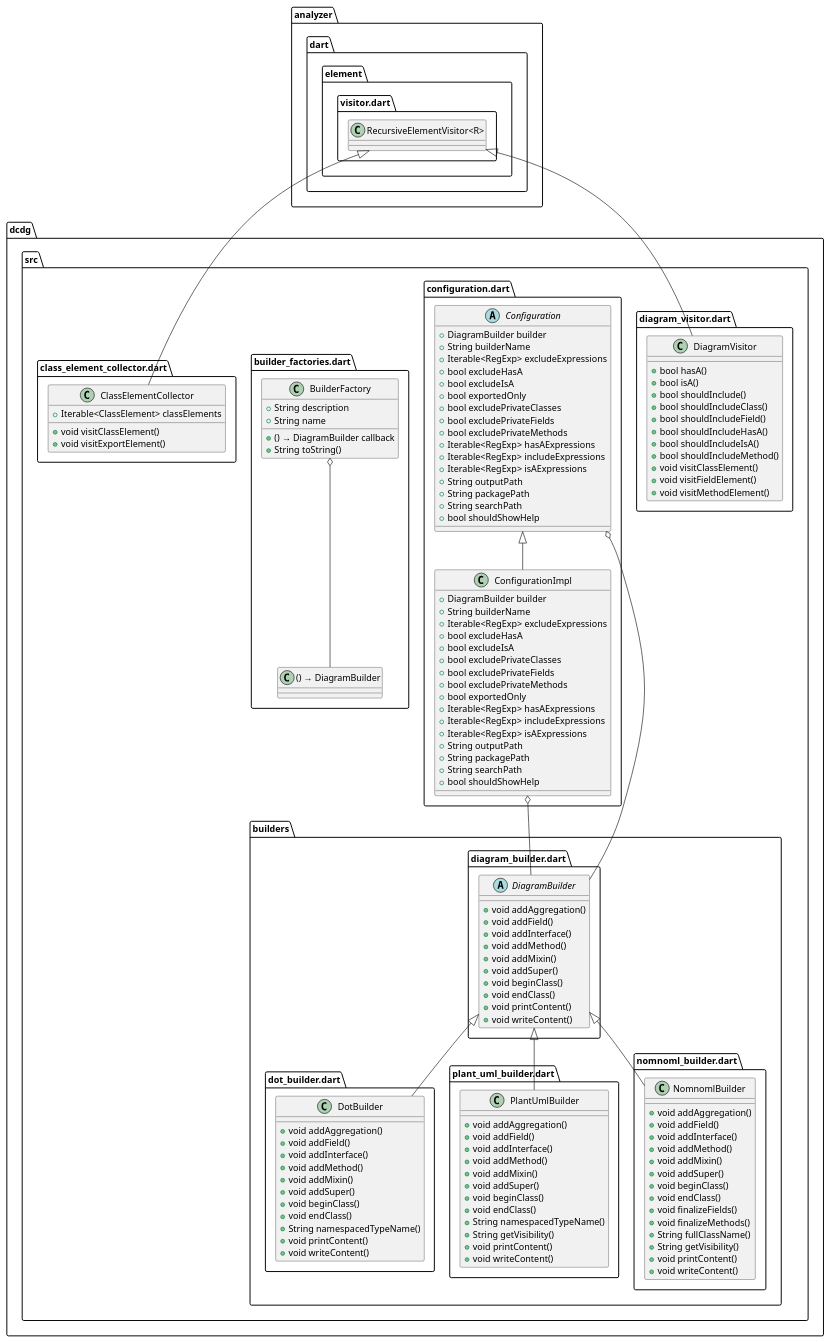
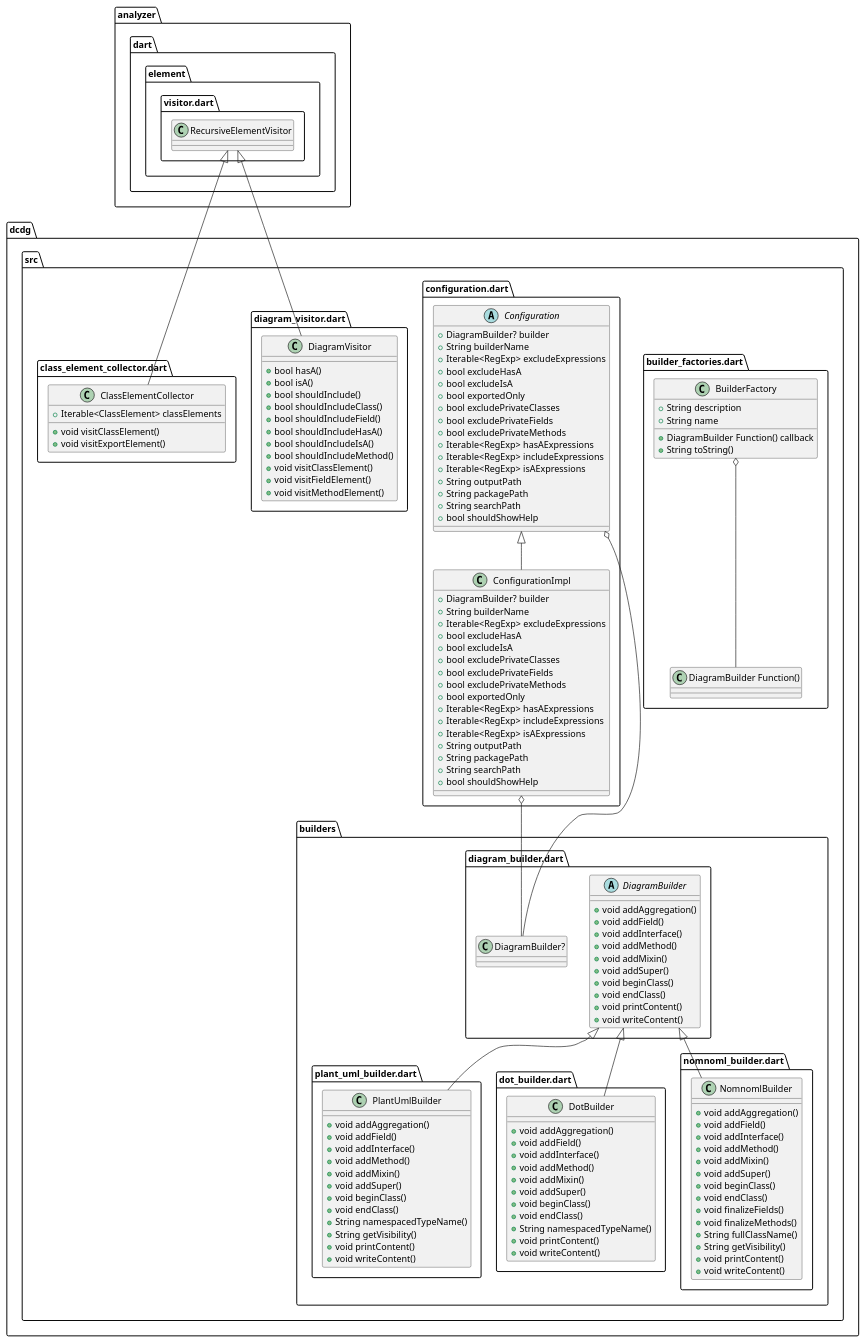
Before and after one commit to glesica/dcdg.dart: the diagram in example/dcdg.puml, drawn with PlantUML. The commit also changed 44 other files, not shown here.

```diff
--- a/example/dcdg.puml
+++ b/example/dcdg.puml
@@ -1,146 +1,146 @@
 @startuml
 set namespaceSeparator ::
-
-class "dcdg::src::diagram_visitor.dart::DiagramVisitor" {
-  +bool hasA()
-  +bool isA()
-  +bool shouldInclude()
-  +bool shouldIncludeClass()
-  +bool shouldIncludeField()
-  +bool shouldIncludeHasA()
-  +bool shouldIncludeIsA()
-  +bool shouldIncludeMethod()
-  +void visitClassElement()
-  +void visitFieldElement()
-  +void visitMethodElement()
-}
-
-"analyzer::dart::element::visitor.dart::RecursiveElementVisitor<R>" <|-- "dcdg::src::diagram_visitor.dart::DiagramVisitor"
-
-class "dcdg::src::builders::dot_builder.dart::DotBuilder" {
-  +void addAggregation()
-  +void addField()
-  +void addInterface()
-  +void addMethod()
-  +void addMixin()
-  +void addSuper()
-  +void beginClass()
-  +void endClass()
-  +String namespacedTypeName()
-  +void printContent()
-  +void writeContent()
-}
-
-"dcdg::src::builders::diagram_builder.dart::DiagramBuilder" <|-- "dcdg::src::builders::dot_builder.dart::DotBuilder"
 
 class "dcdg::src::builders::plant_uml_builder.dart::PlantUmlBuilder" {
   +void addAggregation()
   +void addField()
   +void addInterface()
   +void addMethod()
   +void addMixin()
   +void addSuper()
   +void beginClass()
   +void endClass()
   +String namespacedTypeName()
   +String getVisibility()
   +void printContent()
   +void writeContent()
 }
 
 "dcdg::src::builders::diagram_builder.dart::DiagramBuilder" <|-- "dcdg::src::builders::plant_uml_builder.dart::PlantUmlBuilder"
+
+class "dcdg::src::builders::dot_builder.dart::DotBuilder" {
+  +void addAggregation()
+  +void addField()
+  +void addInterface()
+  +void addMethod()
+  +void addMixin()
+  +void addSuper()
+  +void beginClass()
+  +void endClass()
+  +String namespacedTypeName()
+  +void printContent()
+  +void writeContent()
+}
+
+"dcdg::src::builders::diagram_builder.dart::DiagramBuilder" <|-- "dcdg::src::builders::dot_builder.dart::DotBuilder"
 
 abstract class "dcdg::src::builders::diagram_builder.dart::DiagramBuilder" {
   +void addAggregation()
   +void addField()
   +void addInterface()
   +void addMethod()
   +void addMixin()
   +void addSuper()
   +void beginClass()
   +void endClass()
   +void printContent()
   +void writeContent()
 }
 
 class "dcdg::src::builders::nomnoml_builder.dart::NomnomlBuilder" {
   +void addAggregation()
   +void addField()
   +void addInterface()
   +void addMethod()
   +void addMixin()
   +void addSuper()
   +void beginClass()
   +void endClass()
   +void finalizeFields()
   +void finalizeMethods()
   +String fullClassName()
   +String getVisibility()
   +void printContent()
   +void writeContent()
 }
 
 "dcdg::src::builders::diagram_builder.dart::DiagramBuilder" <|-- "dcdg::src::builders::nomnoml_builder.dart::NomnomlBuilder"
 
+class "dcdg::src::builder_factories.dart::BuilderFactory" {
+  +DiagramBuilder Function() callback
+  +String description
+  +String name
+  +String toString()
+}
+
+"dcdg::src::builder_factories.dart::BuilderFactory" o-- "dcdg::src::builder_factories.dart::DiagramBuilder Function()"
+
 abstract class "dcdg::src::configuration.dart::Configuration" {
-  +DiagramBuilder builder
+  +DiagramBuilder? builder
   +String builderName
   +Iterable<RegExp> excludeExpressions
   +bool excludeHasA
   +bool excludeIsA
   +bool exportedOnly
   +bool excludePrivateClasses
   +bool excludePrivateFields
   +bool excludePrivateMethods
   +Iterable<RegExp> hasAExpressions
   +Iterable<RegExp> includeExpressions
   +Iterable<RegExp> isAExpressions
   +String outputPath
   +String packagePath
   +String searchPath
   +bool shouldShowHelp
 }
 
-"dcdg::src::configuration.dart::Configuration" o-- "dcdg::src::builders::diagram_builder.dart::DiagramBuilder"
+"dcdg::src::configuration.dart::Configuration" o-- "dcdg::src::builders::diagram_builder.dart::DiagramBuilder?"
 
 class "dcdg::src::configuration.dart::ConfigurationImpl" {
-  +DiagramBuilder builder
+  +DiagramBuilder? builder
   +String builderName
   +Iterable<RegExp> excludeExpressions
   +bool excludeHasA
   +bool excludeIsA
   +bool excludePrivateClasses
   +bool excludePrivateFields
   +bool excludePrivateMethods
   +bool exportedOnly
   +Iterable<RegExp> hasAExpressions
   +Iterable<RegExp> includeExpressions
   +Iterable<RegExp> isAExpressions
   +String outputPath
   +String packagePath
   +String searchPath
   +bool shouldShowHelp
 }
 
-"dcdg::src::configuration.dart::ConfigurationImpl" o-- "dcdg::src::builders::diagram_builder.dart::DiagramBuilder"
+"dcdg::src::configuration.dart::ConfigurationImpl" o-- "dcdg::src::builders::diagram_builder.dart::DiagramBuilder?"
 "dcdg::src::configuration.dart::Configuration" <|-- "dcdg::src::configuration.dart::ConfigurationImpl"
 
-class "dcdg::src::builder_factories.dart::BuilderFactory" {
-  +() → DiagramBuilder callback
-  +String description
-  +String name
-  +String toString()
+class "dcdg::src::diagram_visitor.dart::DiagramVisitor" {
+  +bool hasA()
+  +bool isA()
+  +bool shouldInclude()
+  +bool shouldIncludeClass()
+  +bool shouldIncludeField()
+  +bool shouldIncludeHasA()
+  +bool shouldIncludeIsA()
+  +bool shouldIncludeMethod()
+  +void visitClassElement()
+  +void visitFieldElement()
+  +void visitMethodElement()
 }
 
-"dcdg::src::builder_factories.dart::BuilderFactory" o-- "dcdg::src::builder_factories.dart::() → DiagramBuilder"
+"analyzer::dart::element::visitor.dart::RecursiveElementVisitor" <|-- "dcdg::src::diagram_visitor.dart::DiagramVisitor"
 
 class "dcdg::src::class_element_collector.dart::ClassElementCollector" {
   +Iterable<ClassElement> classElements
   +void visitClassElement()
   +void visitExportElement()
 }
 
-"analyzer::dart::element::visitor.dart::RecursiveElementVisitor<R>" <|-- "dcdg::src::class_element_collector.dart::ClassElementCollector"
+"analyzer::dart::element::visitor.dart::RecursiveElementVisitor" <|-- "dcdg::src::class_element_collector.dart::ClassElementCollector"
 
 
 @enduml
```
